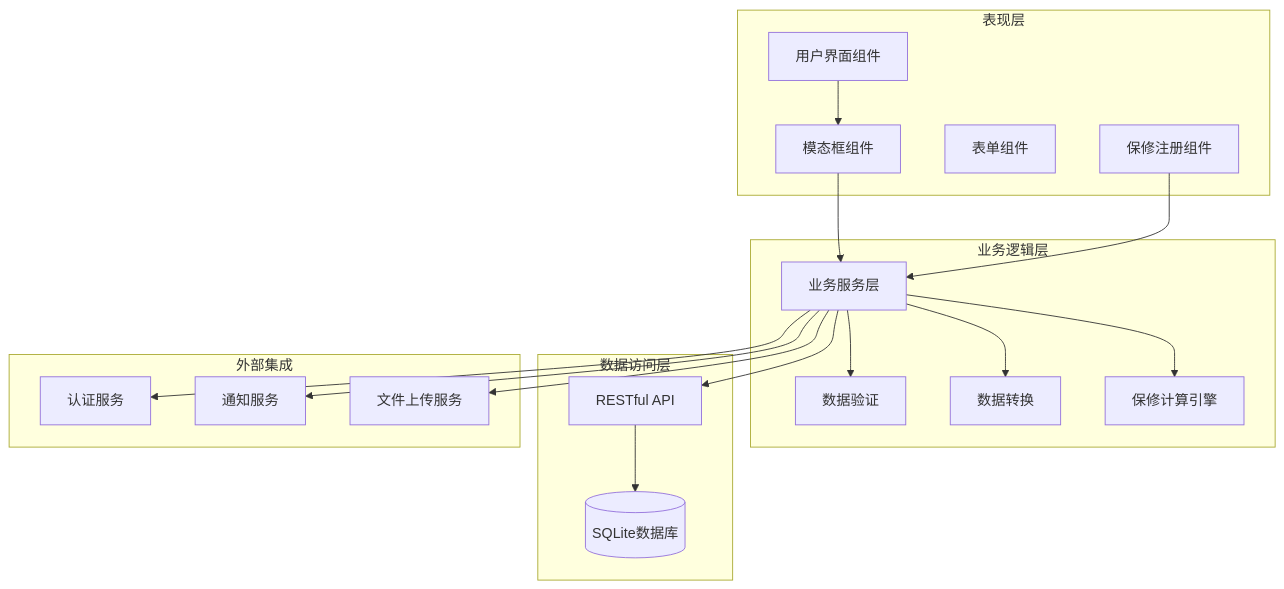
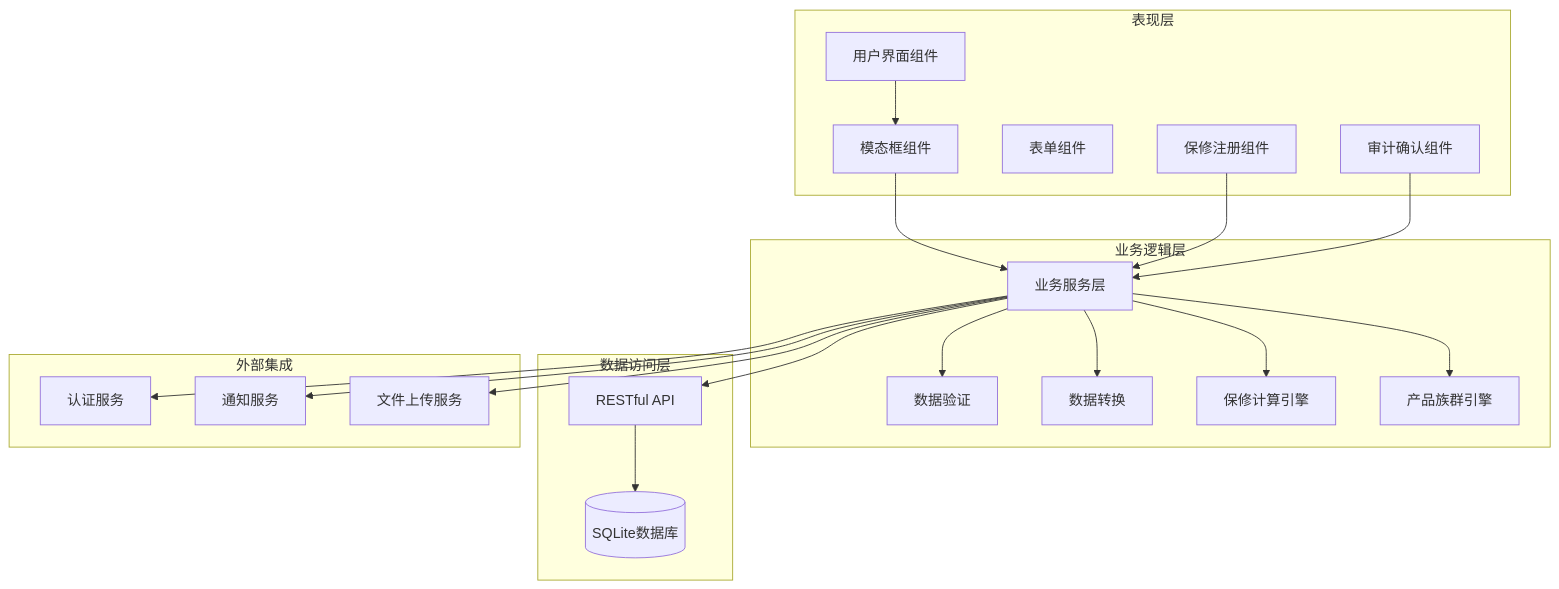
Before and after one commit to CubeEdge/Longhorn: the third of 19 diagrams in .qoder/repowiki/zh/content/前端组件架构/产品详情页面组件/产品编辑模态框.md, drawn with Mermaid. The commit also changed other lines of this file and 118 other files, not shown here.

````diff
--- a/.qoder/repowiki/zh/content/前端组件架构/产品详情页面组件/产品编辑模态框.md
+++ b/.qoder/repowiki/zh/content/前端组件架构/产品详情页面组件/产品编辑模态框.md
@@ -176,35 +193,39 @@
 ```mermaid
 graph TB
 subgraph "表现层"
 UI[用户界面组件]
 MODAL[模态框组件]
 FORM[表单组件]
 WARRANTY[保修注册组件]
+AUDIT[审计确认组件]
 end
 subgraph "业务逻辑层"
 SERVICE[业务服务层]
 VALIDATION[数据验证]
 TRANSFORMATION[数据转换]
 WARRANTY_ENGINE[保修计算引擎]
+FAMILY_ENGINE[产品族群引擎]
 end
 subgraph "数据访问层"
 API[RESTful API]
 DATABASE[(SQLite数据库)]
 end
 subgraph "外部集成"
 AUTH[认证服务]
 NOTIFICATION[通知服务]
 UPLOAD[文件上传服务]
 end
 UI --> MODAL
 MODAL --> SERVICE
 WARRANTY --> SERVICE
+AUDIT --> SERVICE
 SERVICE --> VALIDATION
 SERVICE --> TRANSFORMATION
 SERVICE --> WARRANTY_ENGINE
+SERVICE --> FAMILY_ENGINE
 SERVICE --> API
 API --> DATABASE
 SERVICE --> AUTH
 SERVICE --> NOTIFICATION
 SERVICE --> UPLOAD
 ```
````
